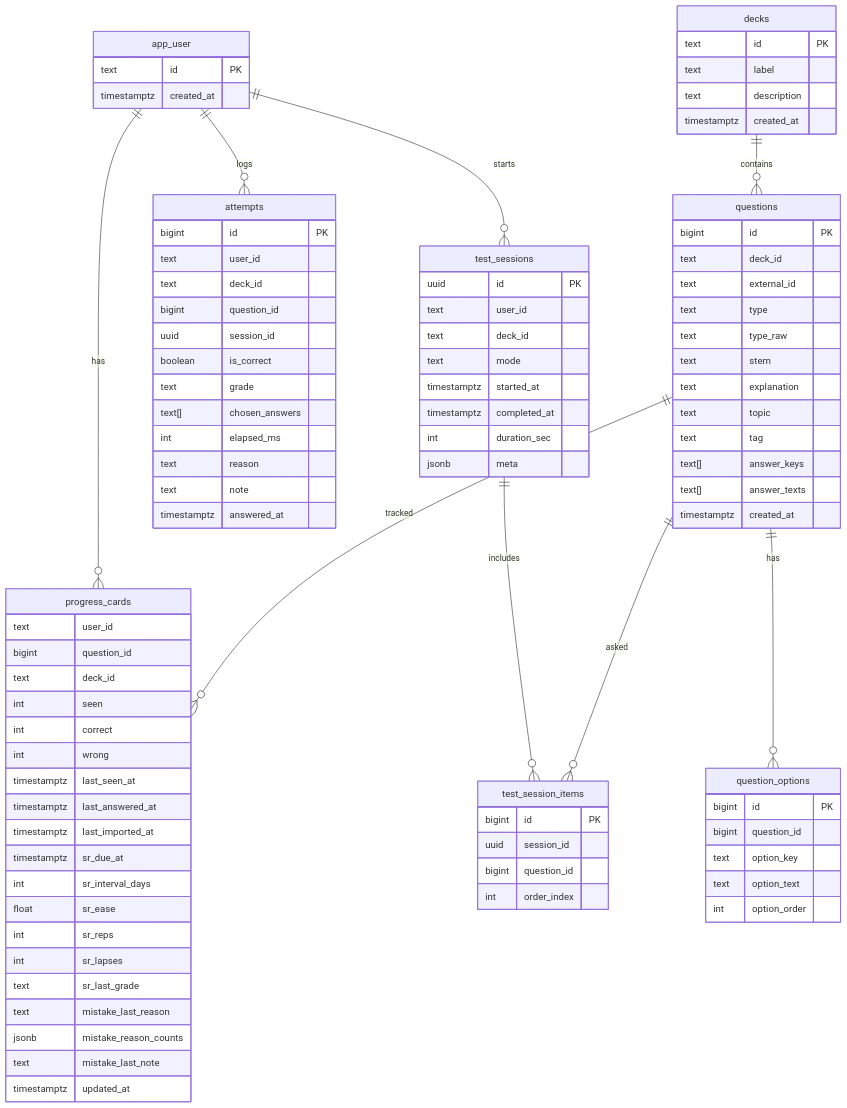
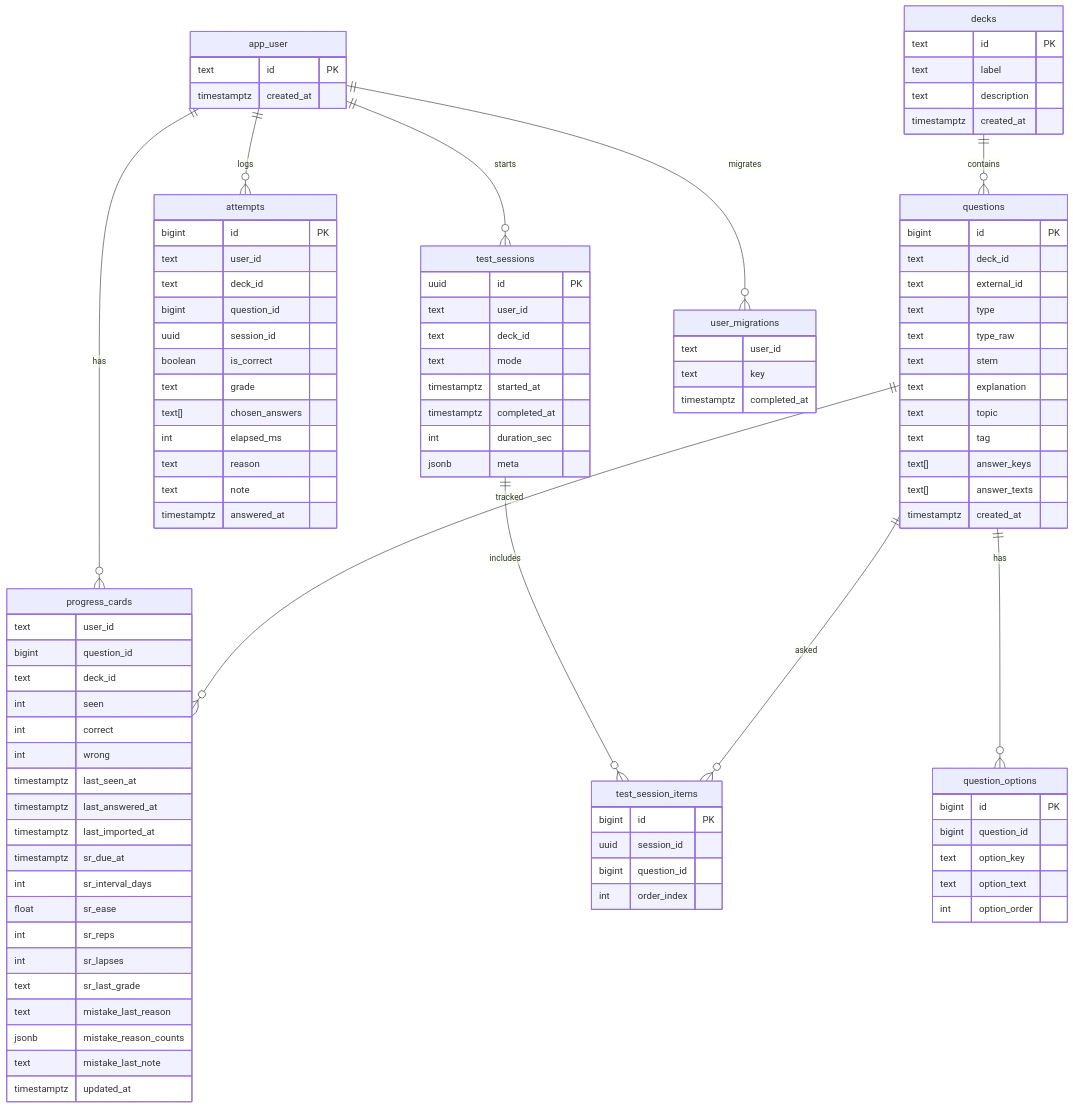
The diagram in docs/architecture.md (wadansyaku/neuro-study-pwa), drawn with Mermaid before and after one commit. The commit also changed other lines of this file and 11 other files, not shown here.

```diff
--- a/docs/architecture.md
+++ b/docs/architecture.md
@@ -128,9 +130,16 @@
     int order_index
   }
 
+  user_migrations {
+    text user_id
+    text key
+    timestamptz completed_at
+  }
+
   app_user ||--o{ progress_cards : "has"
   app_user ||--o{ attempts : "logs"
   app_user ||--o{ test_sessions : "starts"
+  app_user ||--o{ user_migrations : "migrates"
   decks ||--o{ questions : "contains"
   questions ||--o{ question_options : "has"
   questions ||--o{ progress_cards : "tracked"
```
